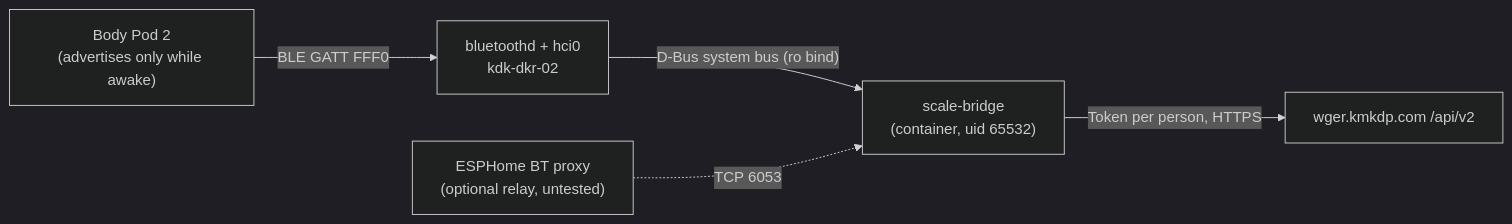
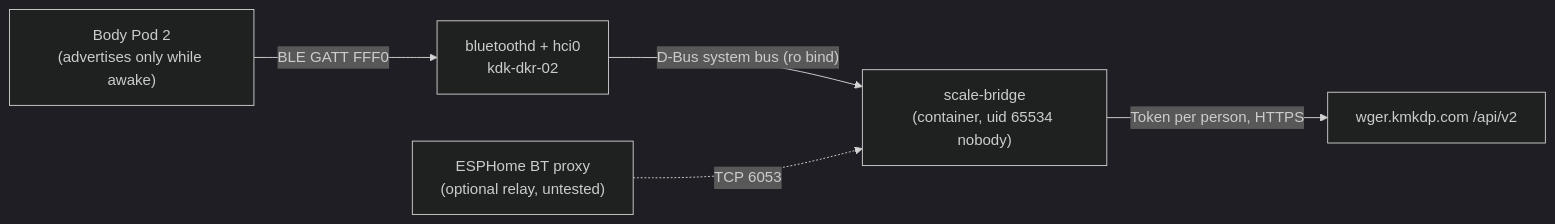
One commit to BigH3ater/kdk-lab-dkr changed the diagram in docs/services/scale-bridge.md. Above: the diagram before and after it, drawn with Mermaid (dark theme). The commit also changed other lines of this file and 10 other files, not shown here.

First line of the commit message:
fix(scale-bridge): run as nobody (65534) for D-Bus; weight bands in lb

````diff
--- a/docs/services/scale-bridge.md
+++ b/docs/services/scale-bridge.md
@@ -24,7 +24,7 @@
 ```mermaid
 flowchart LR
   S["Body Pod 2<br/>(advertises only while awake)"] -->|"BLE GATT FFF0"| BZ["bluetoothd + hci0<br/>kdk-dkr-02"]
-  BZ -->|"D-Bus system bus (ro bind)"| SB["scale-bridge<br/>(container, uid 65532)"]
+  BZ -->|"D-Bus system bus (ro bind)"| SB["scale-bridge<br/>(container, uid 65534 nobody)"]
   P["ESPHome BT proxy<br/>(optional relay, untested)"] -.->|"TCP 6053"| SB
   SB -->|"Token per person, HTTPS"| W["wger.kmkdp.com /api/v2"]
 ```
````
